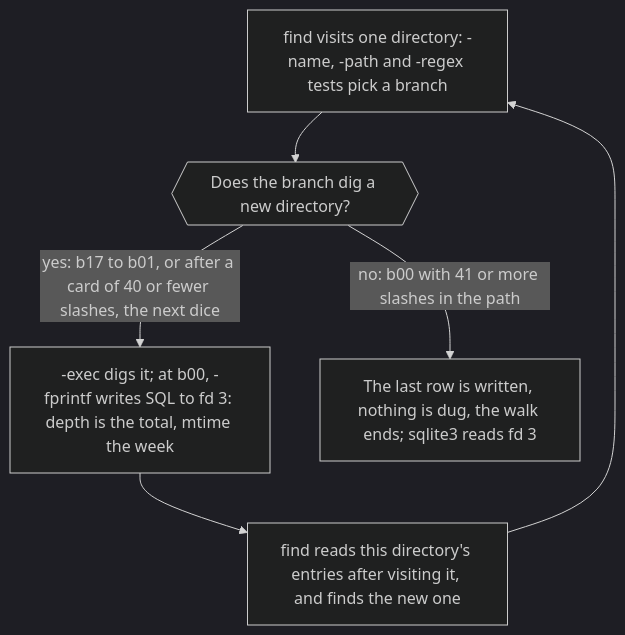
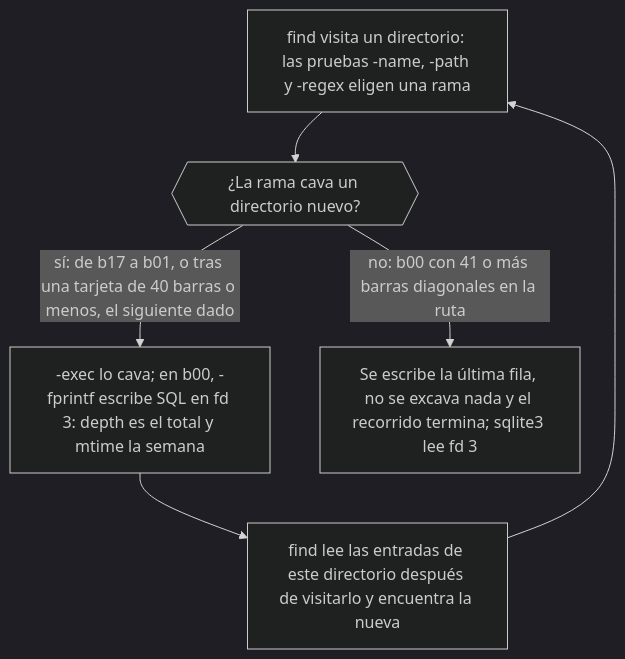
The diagram in src/find-gnu/README.md (dullroar/aprende-a-programar-como-un-bicho-raro), drawn with Mermaid (dark theme) before and after one commit. The commit also changed other lines of this file and 13 other files, not shown here.

Commit message:
loop(P4-src-6): ex-weird, find-gnu READMEs translated (152 segments); verb-build, localized-number and title waivers, digit, comma and heading fixes

````diff
--- a/src/find-gnu/README.md
+++ b/src/find-gnu/README.md
@@ -60,10 +60,10 @@
 ```mermaid
 flowchart TD
-    accTitle: find-gnu: the depth of a directory is the running total
-    accDescr: A flowchart. find visits a directory. A chain of -o branches is chosen by name and by regular expression on the path. Most branches dig the next directory with mkdir or mktemp. The first hour of a card is the dice directory itself, and the other hours are directories named b17 down to b00, so the depth of the directory is the running total. At the end of a card, fprintf writes SQL to file descriptor 3, using the depth as the total and the directory's modification time as the ISO week. If the path has at least 41 slashes, the total is over 40, and nothing is dug. After visiting, find reads the directory's entries and visits the new directory. The walk ends when nothing new is dug, and sqlite3 reads file descriptor 3.
-    A["find visits one directory: -name, -path and -regex tests pick a branch"] --> B{{"Does the branch dig a new directory?"}}
-    B -->|"yes: b17 to b01, or after a card of 40 or fewer slashes, the next dice"| C["-exec digs it; at b00, -fprintf writes SQL to fd 3: depth is the total, mtime the week"]
-    C --> D["find reads this directory's entries after visiting it, and finds the new one"]
+    accTitle: find-gnu: la profundidad de un directorio es el total acumulado
+    accDescr: Un diagrama de flujo. find visita un directorio. Se elige una cadena de ramas -o por nombre y por expresión regular sobre la ruta. La mayoría de las ramas cavan el siguiente directorio con mkdir o mktemp. La primera hora de una tarjeta es el propio directorio dice, y las demás horas son directorios llamados de b17 a b00 en orden descendente, así que la profundidad del directorio es el total acumulado. Al final de una tarjeta, fprintf escribe SQL en el descriptor de archivo 3, con la profundidad como total y la fecha de modificación del directorio como semana ISO. Si la ruta tiene al menos 41 barras, el total pasa de 40 y no se cava nada. Después de visitar, find lee las entradas del directorio y visita el nuevo directorio. El recorrido termina cuando no se cava nada nuevo, y sqlite3 lee el descriptor de archivo 3.
+    A["find visita un directorio: las pruebas -name, -path y -regex eligen una rama"] --> B{{"¿La rama cava un directorio nuevo?"}}
+    B -->|"sí: de b17 a b01, o tras una tarjeta de 40 barras o menos, el siguiente dado"| C["-exec lo cava; en b00, -fprintf escribe SQL en fd 3: depth es el total y mtime la semana"]
+    C --> D["find lee las entradas de este directorio después de visitarlo y encuentra la nueva"]
     D --> A
-    B -->|"no: b00 with 41 or more slashes in the path"| E["The last row is written, nothing is dug, the walk ends; sqlite3 reads fd 3"]
+    B -->|"no: b00 con 41 o más barras diagonales en la ruta"| E["Se escribe la última fila, no se excava nada y el recorrido termina; sqlite3 lee fd 3"]
 ```
````
